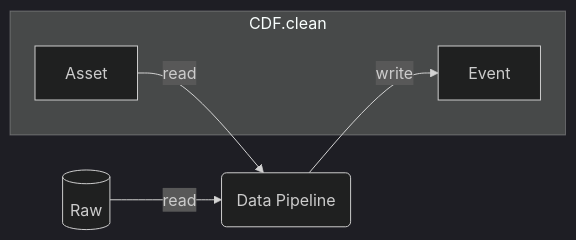
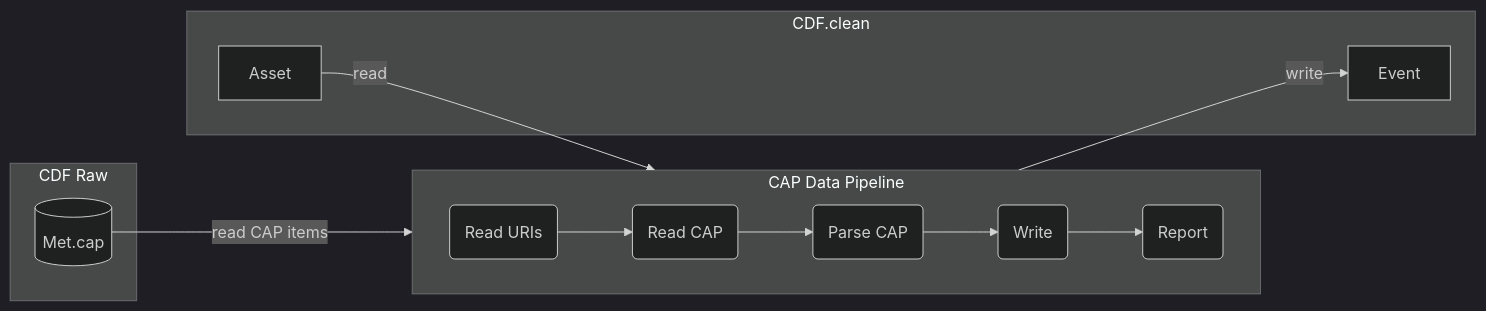
The diagram in 23-met-alerts-cap-pipeline/README.md (cognitedata/cdf-sdk-java-examples), drawn with Mermaid (dark theme) before and after one commit. The commit also changed other lines of this file and 1 other file, not shown here.

Commit message:
Start detailing cap pipeline doc

````diff
--- a/23-met-alerts-cap-pipeline/README.md
+++ b/23-met-alerts-cap-pipeline/README.md
@@ -13,10 +17,23 @@
 ```mermaid
 flowchart LR
-    A[(Raw)] -->|read| B(Data Pipeline)
-    subgraph CDF.clean
+    subgraph raw [CDF Raw]
+        1A[(Met.cap)]
+    end
+    subgraph cap [CAP Data Pipeline]
+        direction LR
+        2A(Read URIs)
+        2B(Read CAP)
+        2C(Parse CAP)
+        2D(Write)
+        2E(Report)
+        2A --> 2B --> 2C --> 2D
+        2D --> 2E
+    end
+    subgraph clean [CDF.clean]
         C[Event]
         D[Asset]
     end
-    B -->|write| C
-    D -->|read| B
+    1A --->|read CAP items| cap
+    cap -->|write| C
+    D -->|read| cap
 ```
````
